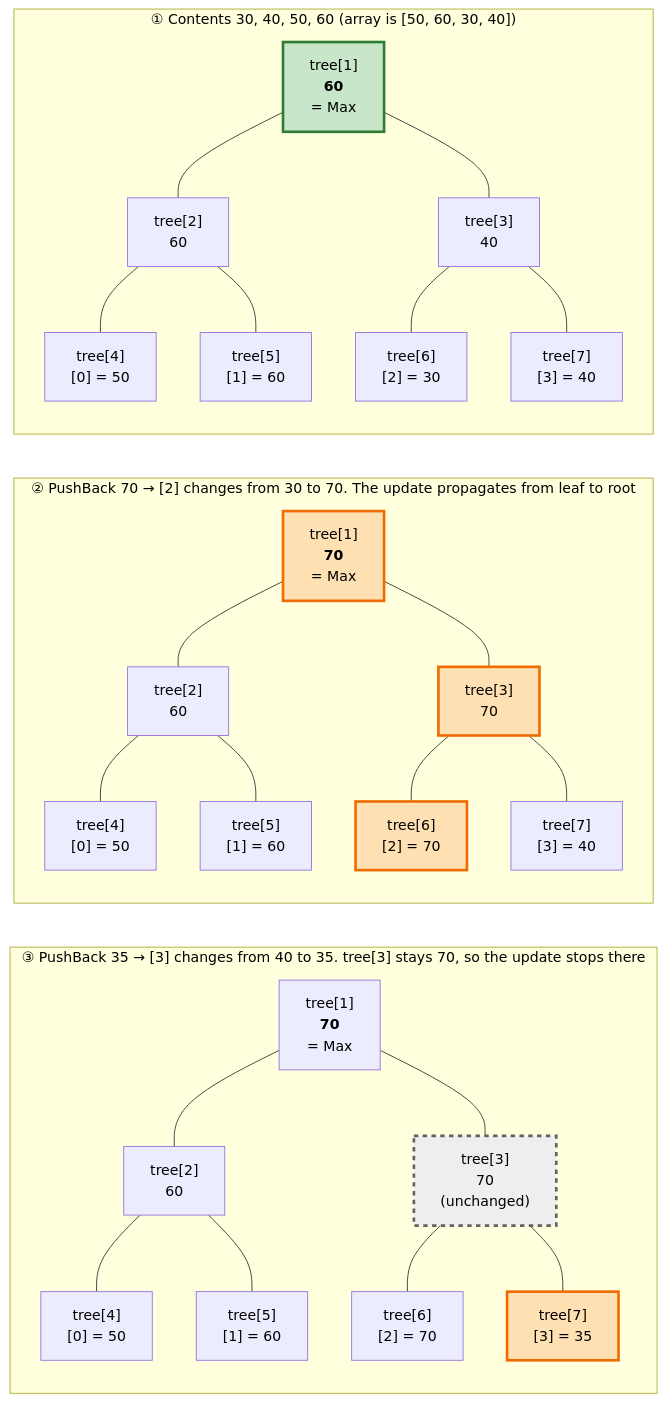
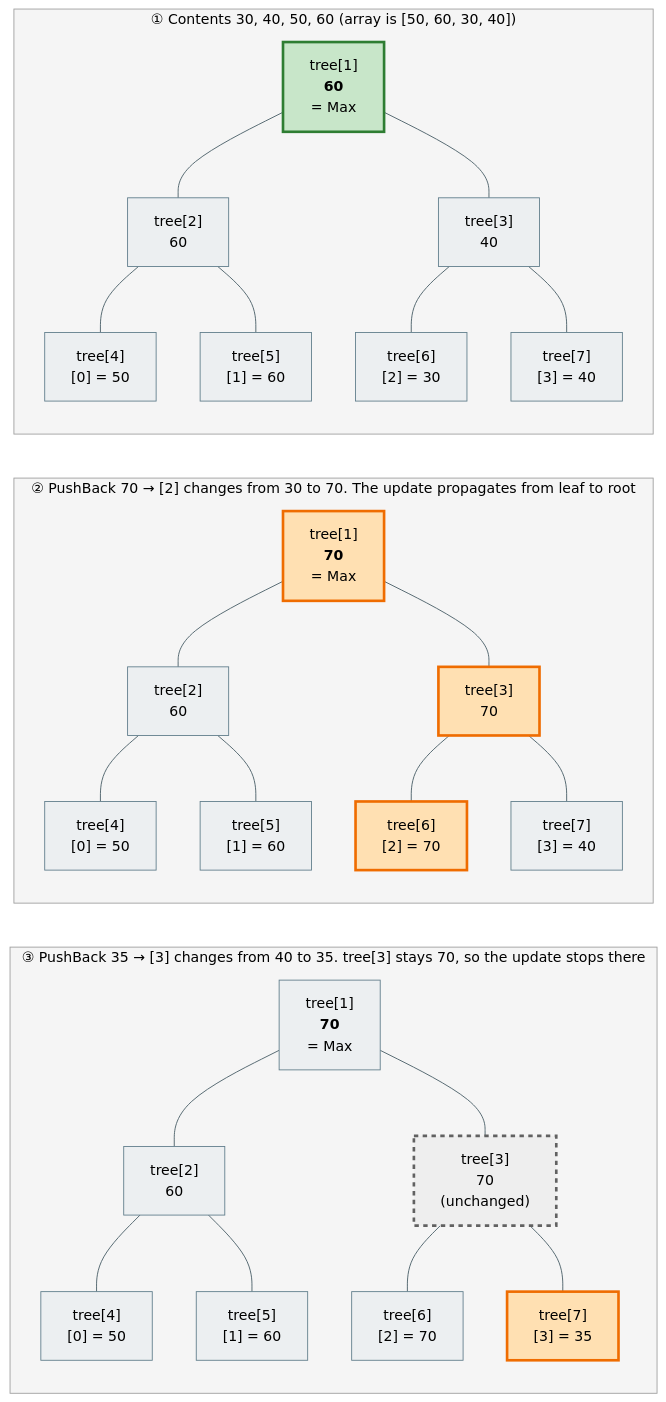
Before and after one commit to AraiYuhki/XGraphs: the second of 2 diagrams in README_EN.md, drawn with Mermaid. The commit also changed other lines of this file and 1 other file, not shown here.

First line of the commit message:
docs: keep README diagrams readable in dark theme

````diff
--- a/README_EN.md
+++ b/README_EN.md
@@ -156,51 +165,58 @@
 ```mermaid
+%%{init: {"theme": "base", "themeVariables": {"background": "#ffffff", "primaryColor": "#eceff1", "primaryTextColor": "#000000", "primaryBorderColor": "#607d8b", "lineColor": "#455a64", "clusterBkg": "#f5f5f5", "clusterBorder": "#9e9e9e", "titleColor": "#000000", "edgeLabelBackground": "#ffffff"}}}%%
 flowchart TB
     subgraph T1["① Contents 30, 40, 50, 60 (array is [50, 60, 30, 40])"]
         direction TB
         a1["tree[1]<br><b>60</b><br>= Max"]
         a2["tree[2]<br>60"]
         a3["tree[3]<br>40"]
         a4["tree[4]<br>[0] = 50"]
         a5["tree[5]<br>[1] = 60"]
         a6["tree[6]<br>[2] = 30"]
         a7["tree[7]<br>[3] = 40"]
         a1 --- a2 & a3
         a2 --- a4 & a5
         a3 --- a6 & a7
     end
     subgraph T2["② PushBack 70 → [2] changes from 30 to 70. The update propagates from leaf to root"]
         direction TB
         b1["tree[1]<br><b>70</b><br>= Max"]
         b2["tree[2]<br>60"]
         b3["tree[3]<br>70"]
         b4["tree[4]<br>[0] = 50"]
         b5["tree[5]<br>[1] = 60"]
         b6["tree[6]<br>[2] = 70"]
         b7["tree[7]<br>[3] = 40"]
         b1 --- b2 & b3
         b2 --- b4 & b5
         b3 --- b6 & b7
     end
     subgraph T3["③ PushBack 35 → [3] changes from 40 to 35. tree[3] stays 70, so the update stops there"]
         direction TB
         c1["tree[1]<br><b>70</b><br>= Max"]
         c2["tree[2]<br>60"]
         c3["tree[3]<br>70<br>(unchanged)"]
         c4["tree[4]<br>[0] = 50"]
         c5["tree[5]<br>[1] = 60"]
         c6["tree[6]<br>[2] = 70"]
         c7["tree[7]<br>[3] = 35"]
         c1 --- c2 & c3
         c2 --- c4 & c5
         c3 --- c6 & c7
     end
     T1 ~~~ T2 ~~~ T3
 
+
+    classDef default fill:#eceff1,stroke:#607d8b,color:#000
+    style T1 fill:#f5f5f5,stroke:#9e9e9e,color:#000
+    style T2 fill:#f5f5f5,stroke:#9e9e9e,color:#000
+    style T3 fill:#f5f5f5,stroke:#9e9e9e,color:#000
+    linkStyle default stroke:#455a64
     classDef root fill:#c8e6c9,stroke:#2e7d32,stroke-width:3px,color:#000
     classDef updated fill:#ffe0b2,stroke:#ef6c00,stroke-width:3px,color:#000
     classDef stopped fill:#eeeeee,stroke:#616161,stroke-width:3px,stroke-dasharray:5 5,color:#000
     class a1 root
     class b6,b3,b1 updated
     class c7 updated
     class c3 stopped
 ```
````
